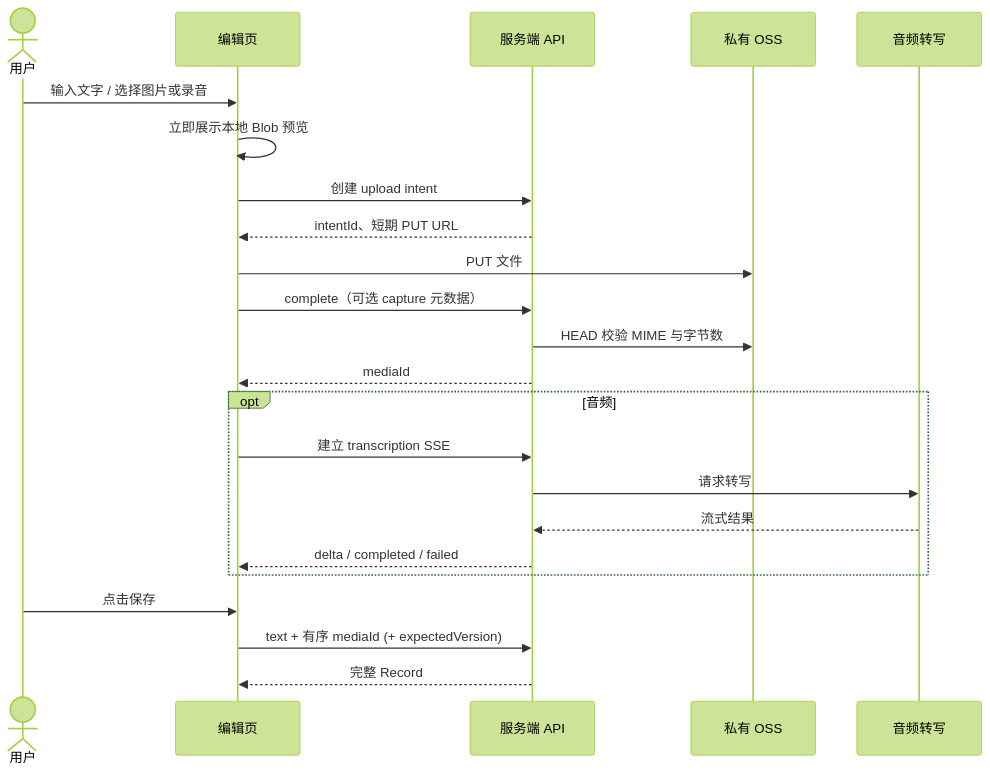
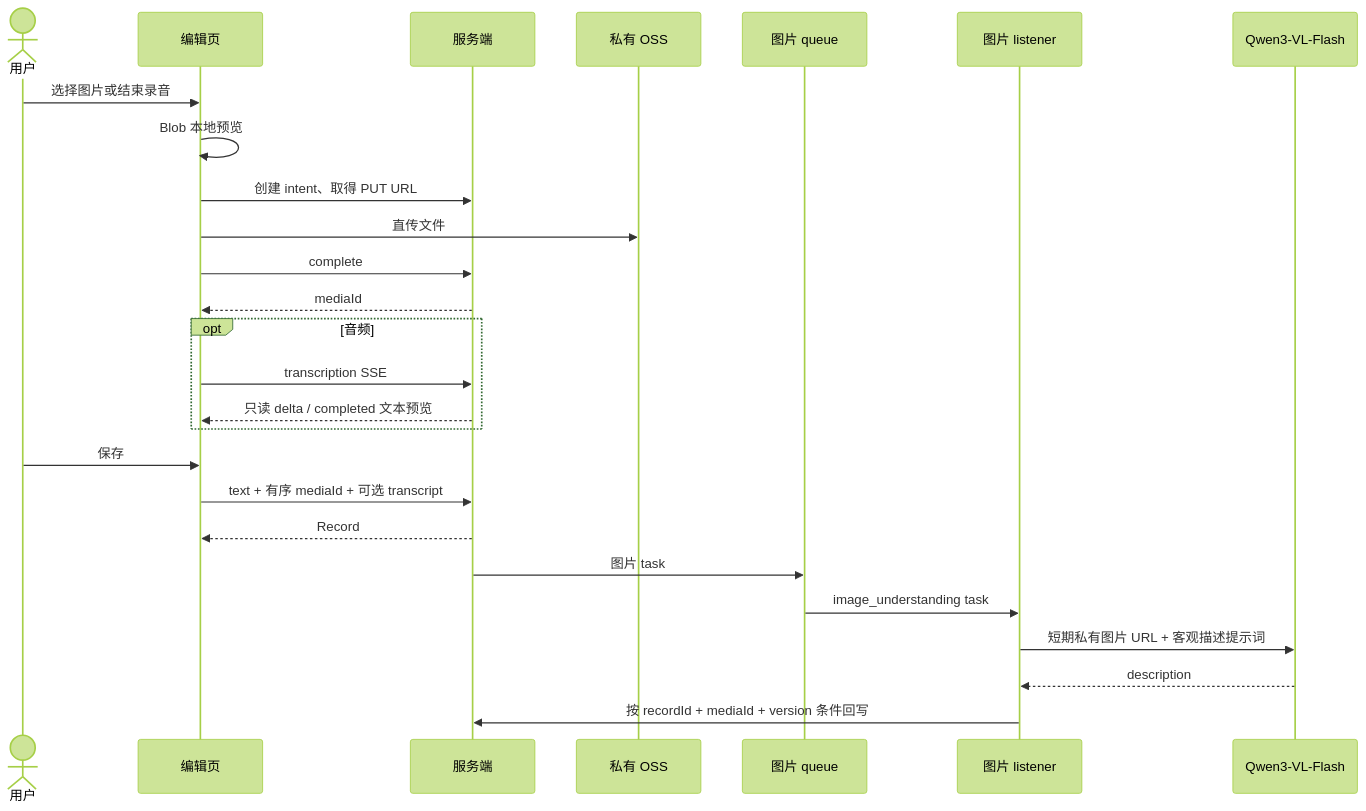
One commit to huiru-wang/fanto changed the diagram in docs/product-flows/record-editor.md. Above: the diagram before and after it, drawn with Mermaid (forest theme). The commit also changed other lines of this file and 31 other files, not shown here.

Commit message:
feat: simplify record media processing

````diff
--- a/docs/product-flows/record-editor.md
+++ b/docs/product-flows/record-editor.md
@@ -14,26 +5,29 @@
 ```mermaid
 sequenceDiagram
   actor U as 用户
-  participant E as 编辑页
-  participant API as 服务端 API
+  participant C as 编辑页
+  participant API as 服务端
   participant OSS as 私有 OSS
-  participant ASR as 音频转写
+  participant Q as 图片 queue
+  participant L as 图片 listener
+  participant V as Qwen3-VL-Flash
 
-  U->>E: 输入文字 / 选择图片或录音
-  E->>E: 立即展示本地 Blob 预览
-  E->>API: 创建 upload intent
-  API-->>E: intentId、短期 PUT URL
-  E->>OSS: PUT 文件
-  E->>API: complete（可选 capture 元数据）
-  API->>OSS: HEAD 校验 MIME 与字节数
-  API-->>E: mediaId
+  U->>C: 选择图片或结束录音
+  C->>C: Blob 本地预览
+  C->>API: 创建 intent、取得 PUT URL
+  C->>OSS: 直传文件
+  C->>API: complete
+  API-->>C: mediaId
   opt 音频
-    E->>API: 建立 transcription SSE
-    API->>ASR: 请求转写
-    ASR-->>API: 流式结果
-    API-->>E: delta / completed / failed
+    C->>API: transcription SSE
+    API-->>C: 只读 delta / completed 文本预览
   end
-  U->>E: 点击保存
-  E->>API: text + 有序 mediaId (+ expectedVersion)
-  API-->>E: 完整 Record
+  U->>C: 保存
+  C->>API: text + 有序 mediaId + 可选 transcript
+  API-->>C: Record
+  API->>Q: 图片 task
+  Q->>L: image_understanding task
+  L->>V: 短期私有图片 URL + 客观描述提示词
+  V-->>L: description
+  L->>API: 按 recordId + mediaId + version 条件回写
 ```
````
